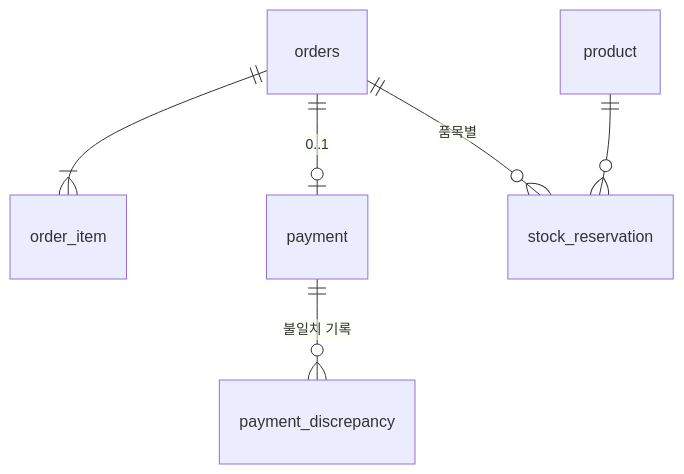
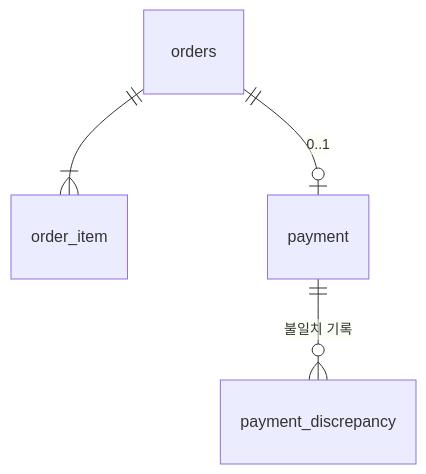
The first of 8 diagrams in docs/week5/design.md (loopers-labs/loop-pack-be-l2-vol5-java), drawn with Mermaid before and after one commit. The commit also changed other lines of this file and 1 other file, not shown here.

````diff
--- a/docs/week5/design.md
+++ b/docs/week5/design.md
@@ -48,8 +48,6 @@
 ```mermaid
 erDiagram
     orders ||--|{ order_item : ""
     orders ||--o| payment : "0..1"
-    orders ||--o{ stock_reservation : "품목별"
-    product ||--o{ stock_reservation : ""
     payment ||--o{ payment_discrepancy : "불일치 기록"
 ```
````
